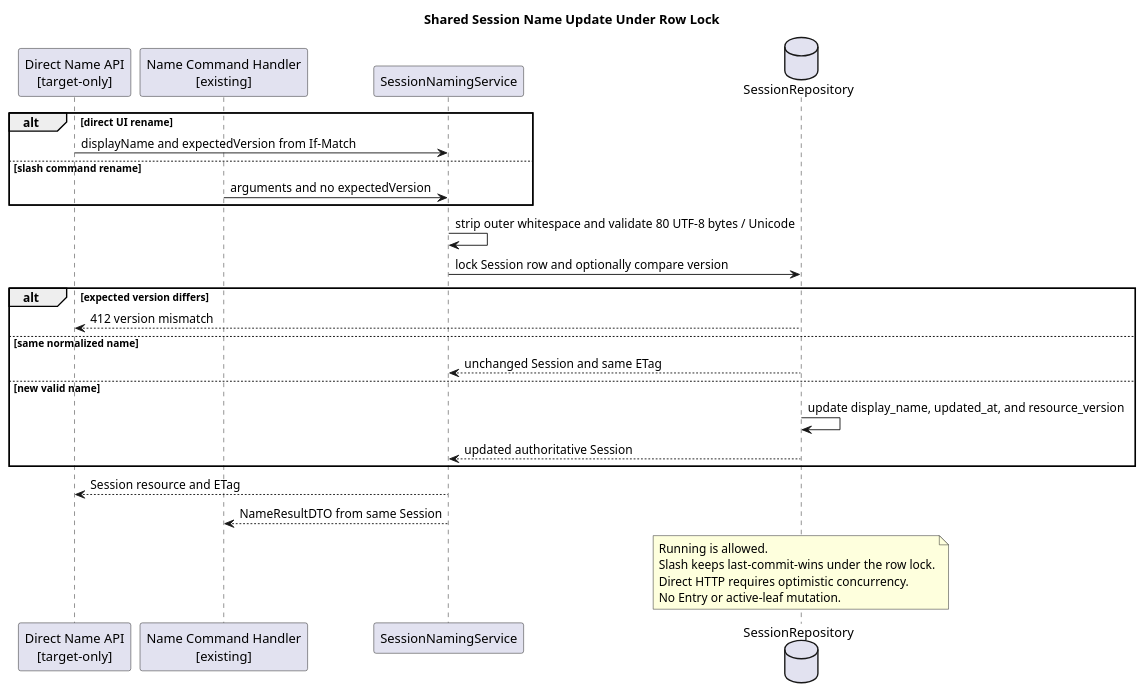
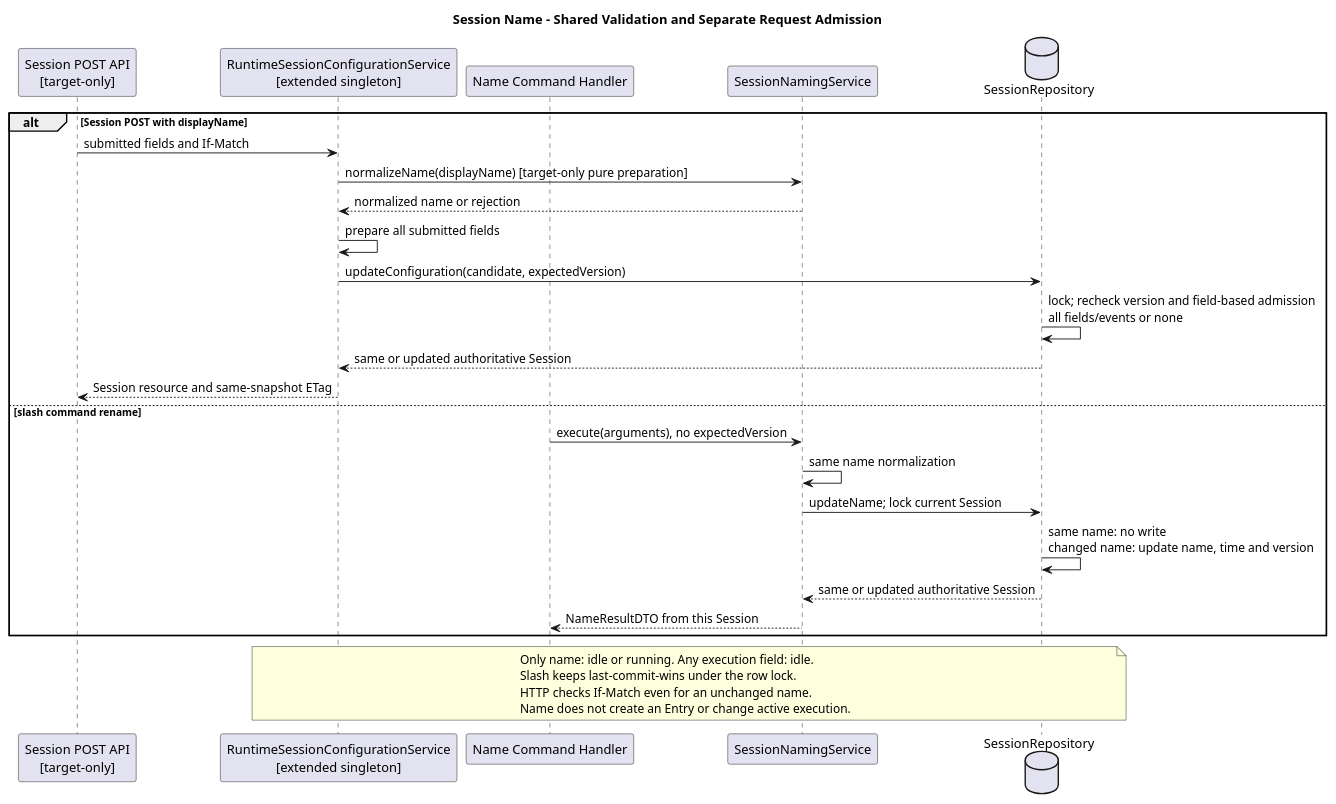
One commit to ssm0808/pi-mono-java-design changed the second of 3 diagrams in 04-命令与技能/01-内置命令/设计图/diagram.puml. Above: the diagram before and after it, drawn with PlantUML. The commit also changed 49 other files, not shown here.

Commit message:
docs(session): 统一名称模型思考与模式的 POST 更新契约

```diff
--- a/04-命令与技能/01-内置命令/设计图/diagram.puml
+++ b/04-命令与技能/01-内置命令/设计图/diagram.puml
@@ -44,38 +44,39 @@
 @startuml session_name_update
-title Shared Session Name Update Under Row Lock
-' Source evidence: pi-mono-java@510d882ca45541e0086586dab89c429c5a18cf20 modules/coding-agent-cli/src/main/java/com/campusclaw/codingagent/runtimeapi/service/command/SessionNamingService.java.
-' Source evidence: same commit modules/coding-agent-cli/src/main/java/com/campusclaw/codingagent/runtimeapi/service/command/contributor/NameCommandContributor.java.
-' Source evidence: same commit modules/coding-agent-cli/src/main/java/com/campusclaw/codingagent/runtimeapi/persistence/RuntimeSessionRepository.java updateName.
-' Source evidence: same commit modules/coding-agent-cli/src/main/java/com/campusclaw/codingagent/runtimeapi/persistence/MyBatisRuntimeSessionRepository.java updateName.
-' Observed behavior: slash name updates display_name; no direct HTTP name route exists.
-' Target-only architecture: the HTTP adapter supplies a required expected version.
-' Design reason: share validation and persistence while preventing lost direct-UI writes.
+title Session Name - Shared Validation and Separate Request Admission
+' Source evidence: pi-mono-java@09b32d8ea4a4b43b34be302d8b2745bdc417c9a2.
+' modules/coding-agent-cli/src/main/java/com/campusclaw/codingagent/runtimeapi/service/command/SessionNamingService.java :: execute, normalizeName.
+' modules/coding-agent-cli/src/main/java/com/campusclaw/codingagent/runtimeapi/session/RuntimeSessionConfigurationService.java :: requireMutableSession.
+' modules/coding-agent-cli/src/main/java/com/campusclaw/codingagent/runtimeapi/persistence/RuntimeSessionRepository.java :: updateName.
+' Observed behavior: slash name owns an independent row-locked update with no expected version.
+' Target-only architecture: Session POST reuses normalization and commits a combined candidate.
+' Design reason: shared name rules do not require HTTP to call a separately committing command.
 skinparam shadowing false
-participant "Direct Name API\n[target-only]" as API
-participant "Name Command Handler\n[existing]" as Handler
+participant "Session POST API\n[target-only]" as API
+participant "RuntimeSessionConfigurationService\n[extended singleton]" as App
+participant "Name Command Handler" as Handler
 participant SessionNamingService as Service
 database SessionRepository as Repo
-alt direct UI rename
-  API -> Service : displayName and expectedVersion from If-Match
+alt Session POST with displayName
+  API -> App : submitted fields and If-Match
+  App -> Service : normalizeName(displayName) [target-only pure preparation]
+  Service --> App : normalized name or rejection
+  App -> App : prepare all submitted fields
+  App -> Repo : updateConfiguration(candidate, expectedVersion)
+  Repo -> Repo : lock; recheck version and field-based admission\nall fields/events or none
+  Repo --> App : same or updated authoritative Session
+  App --> API : Session resource and same-snapshot ETag
 else slash command rename
-  Handler -> Service : arguments and no expectedVersion
+  Handler -> Service : execute(arguments), no expectedVersion
+  Service -> Service : same name normalization
+  Service -> Repo : updateName; lock current Session
+  Repo -> Repo : same name: no write\nchanged name: update name, time and version
+  Repo --> Service : same or updated authoritative Session
+  Service --> Handler : NameResultDTO from this Session
 end
-Service -> Service : strip outer whitespace and validate 80 UTF-8 bytes / Unicode
-Service -> Repo : lock Session row and optionally compare version
-alt expected version differs
-  Repo --> API : 412 version mismatch
-else same normalized name
-  Repo --> Service : unchanged Session and same ETag
-else new valid name
-  Repo -> Repo : update display_name, updated_at, and resource_version
-  Repo --> Service : updated authoritative Session
-end
-Service --> API : Session resource and ETag
-Service --> Handler : NameResultDTO from same Session
-note over Repo
-Running is allowed.
+note over App,Repo
+Only name: idle or running. Any execution field: idle.
 Slash keeps last-commit-wins under the row lock.
-Direct HTTP requires optimistic concurrency.
-No Entry or active-leaf mutation.
+HTTP checks If-Match even for an unchanged name.
+Name does not create an Entry or change active execution.
 end note
 @enduml
```
